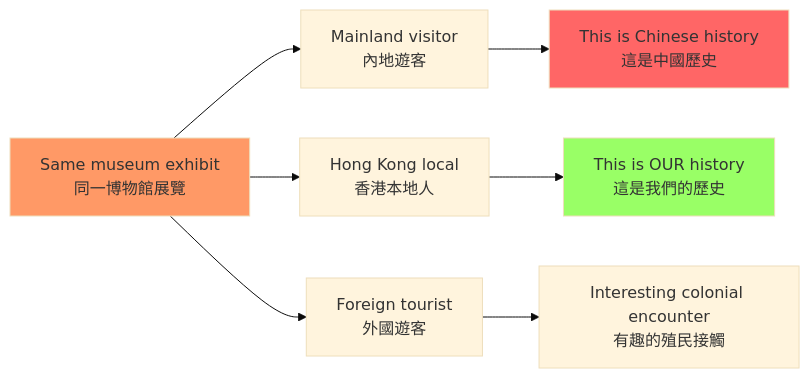
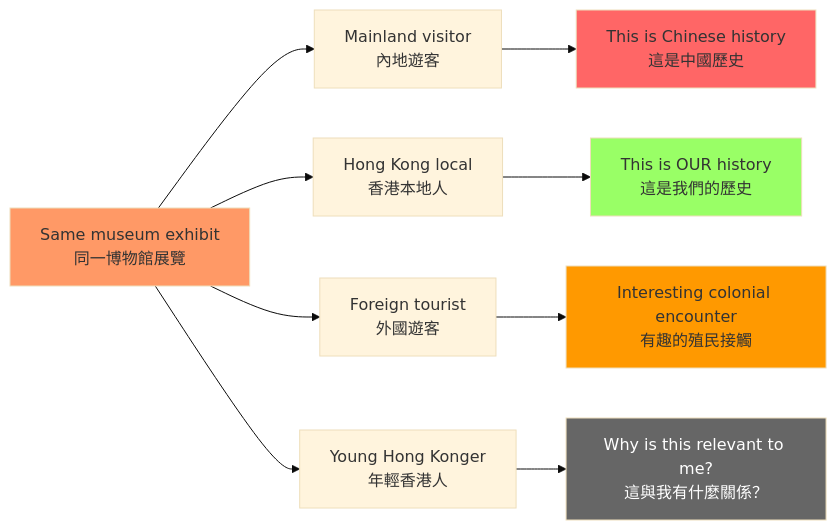
One commit to yip-lgtm/HKU-Harvard-History-Self-Study changed the third of 5 diagrams in 01_HKU_Courses/HIST4033_Museum_and_History.md. Above: the diagram before and after it, drawn with Mermaid (base theme). The commit also changed other lines of this file and 22 other files, not shown here.

````diff
--- a/01_HKU_Courses/HIST4033_Museum_and_History.md
+++ b/01_HKU_Courses/HIST4033_Museum_and_History.md
@@ -152,14 +242,18 @@
 ```mermaid
 graph LR
     A[Same museum exhibit<br/>同一博物館展覽] --> B[Mainland visitor<br/>內地遊客]
     A --> C[Hong Kong local<br/>香港本地人]
     A --> D[Foreign tourist<br/>外國遊客]
+    A --> E[Young Hong Konger<br/>年輕香港人]
     
     B --> B1["This is Chinese history"<br/>這是中國歷史]
     C --> C1["This is OUR history"<br/>這是我們的歷史]
     D --> D1["Interesting colonial encounter"<br/>有趣的殖民接觸]
+    E --> E1["Why is this relevant to me?"<br/>這與我有什麼關係？]
     
     style A fill:#f96
     style B1 fill:#f66
     style C1 fill:#9f6
+    style D1 fill:#f90
+    style E1 fill:#666,color:#fff
 ```
````
